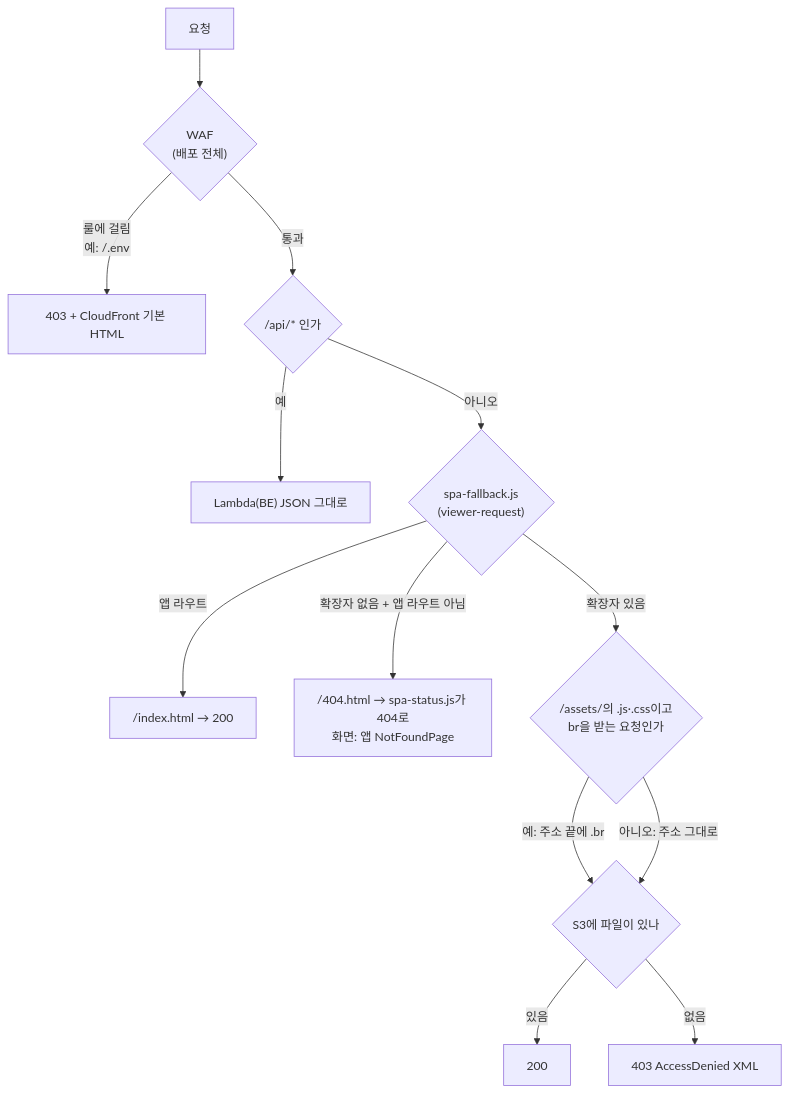
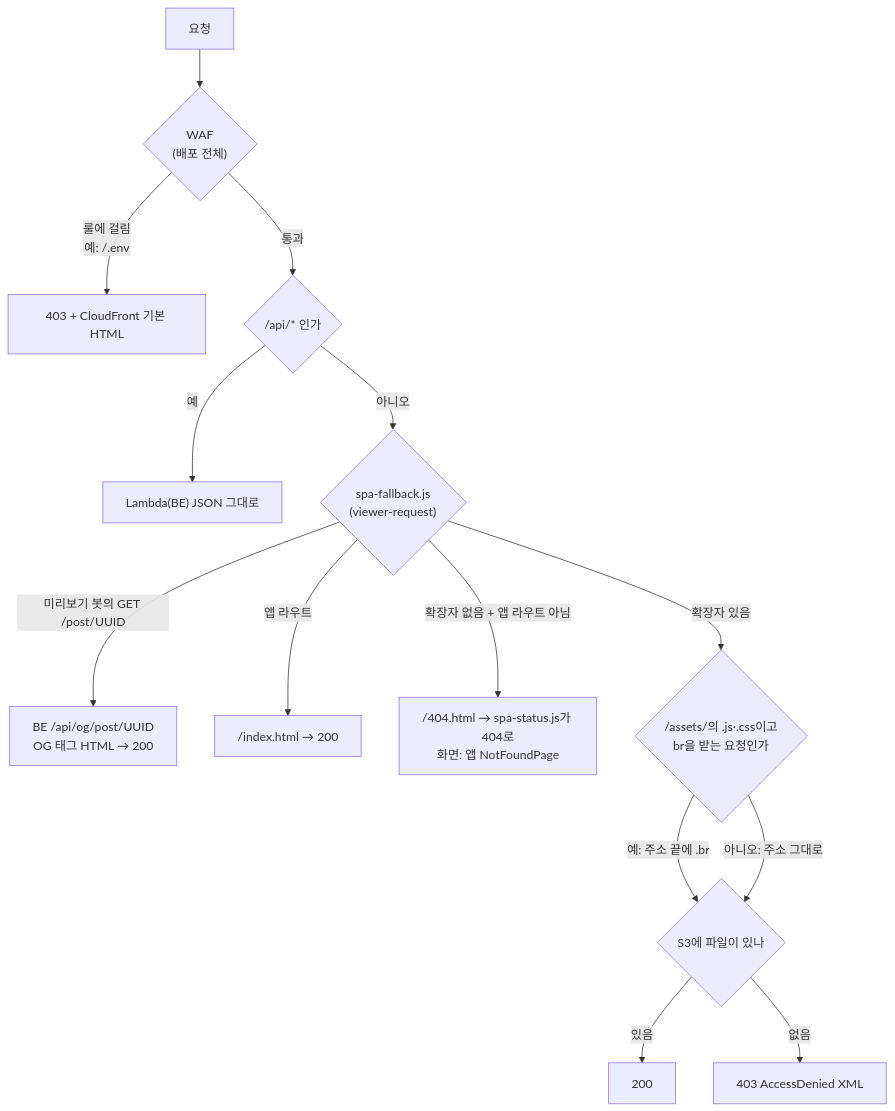
The third of 5 diagrams in docs/DEPLOY.md (BAECHAN/link-sphere_FE_NEW), drawn with Mermaid before and after one commit. The commit also changed other lines of this file and 14 other files, not shown here.

````diff
--- a/docs/DEPLOY.md
+++ b/docs/DEPLOY.md
@@ -835,15 +856,16 @@
 ```mermaid
 flowchart TD
     R["요청"] --> W{"WAF<br/>(배포 전체)"}
     W -- "룰에 걸림<br/>예: /.env" --> WB["403 + CloudFront 기본 HTML"]
     W -- 통과 --> B{"/api/* 인가"}
     B -- 예 --> L["Lambda(BE) JSON 그대로"]
     B -- 아니오 --> F{"spa-fallback.js<br/>(viewer-request)"}
+    F -- "미리보기 봇의 GET /post/UUID" --> OG["BE /api/og/post/UUID<br/>OG 태그 HTML → 200"]
     F -- "앱 라우트" --> I["/index.html → 200"]
     F -- "확장자 없음 + 앱 라우트 아님" --> N["/404.html → spa-status.js가 404로<br/>화면: 앱 NotFoundPage"]
     F -- "확장자 있음" --> P{"/assets/의 .js·.css이고<br/>br을 받는 요청인가"}
     P -- "예: 주소 끝에 .br" --> S{"S3에 파일이 있나"}
     P -- "아니오: 주소 그대로" --> S
     S -- 있음 --> OK["200"]
     S -- 없음 --> X["403 AccessDenied XML"]
 ```
````
